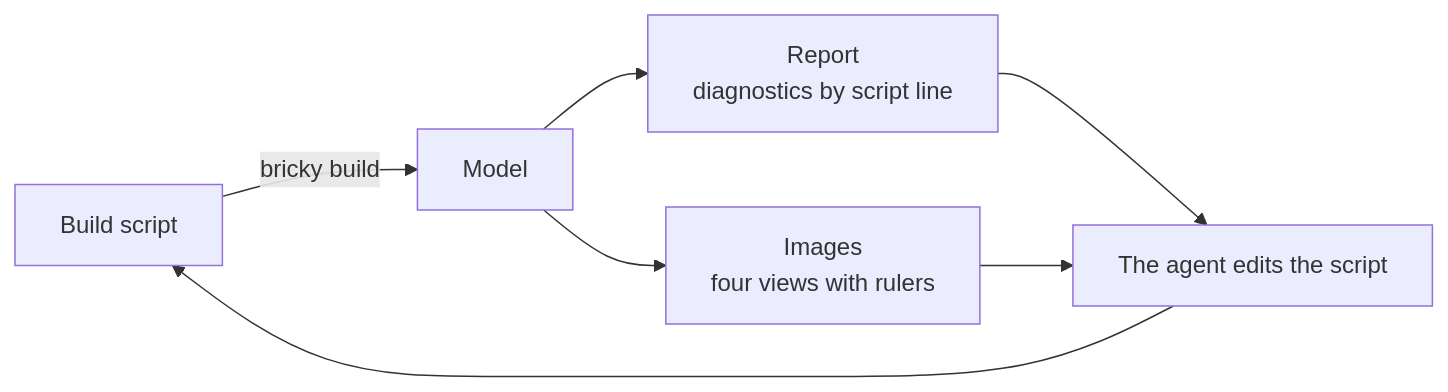
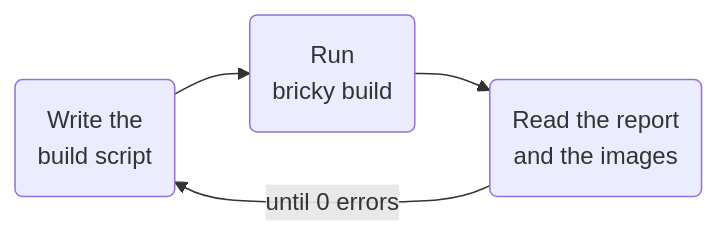
Before and after one commit to maxencefaldor/bricky: the diagram in docs/index.md, drawn with Mermaid. The commit also changed other lines of this file and 5 other files, not shown here.

````diff
--- a/docs/index.md
+++ b/docs/index.md
@@ -34,9 +50,6 @@
 ```mermaid
 flowchart LR
-    script["Build script"] -->|bricky build| model["Model"]
-    model --> report["Report<br/>diagnostics by script line"]
-    model --> image["Images<br/>four views with rulers"]
-    report --> fix["The agent edits the script"]
-    image --> fix
-    fix --> script
+    write("Write the<br/>build script") --> build("Run<br/>bricky build")
+    build --> read("Read the report<br/>and the images")
+    read -->|until 0 errors| write
 ```
````
